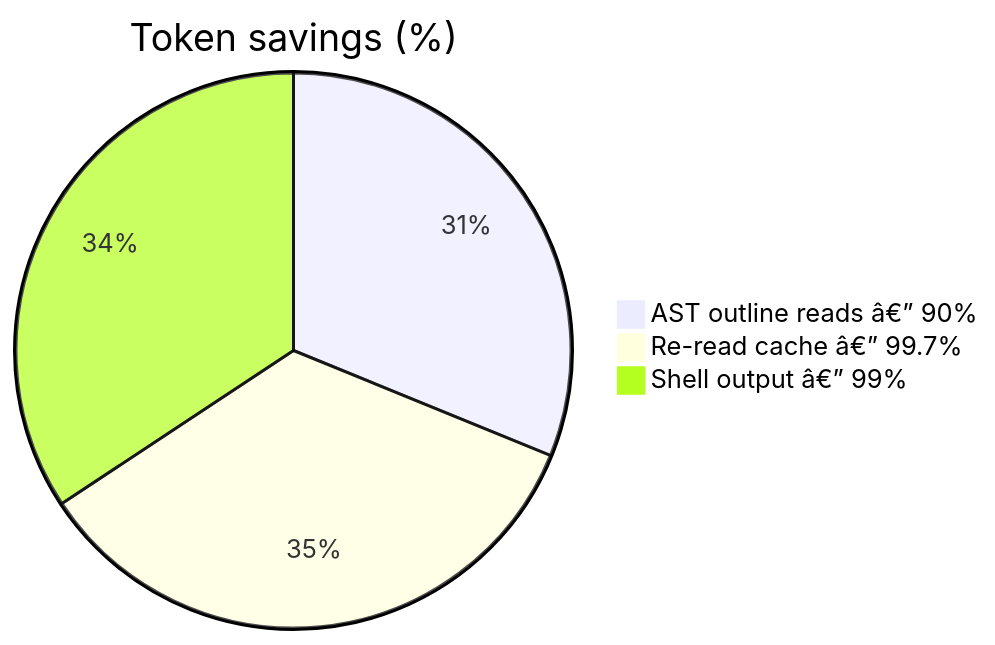
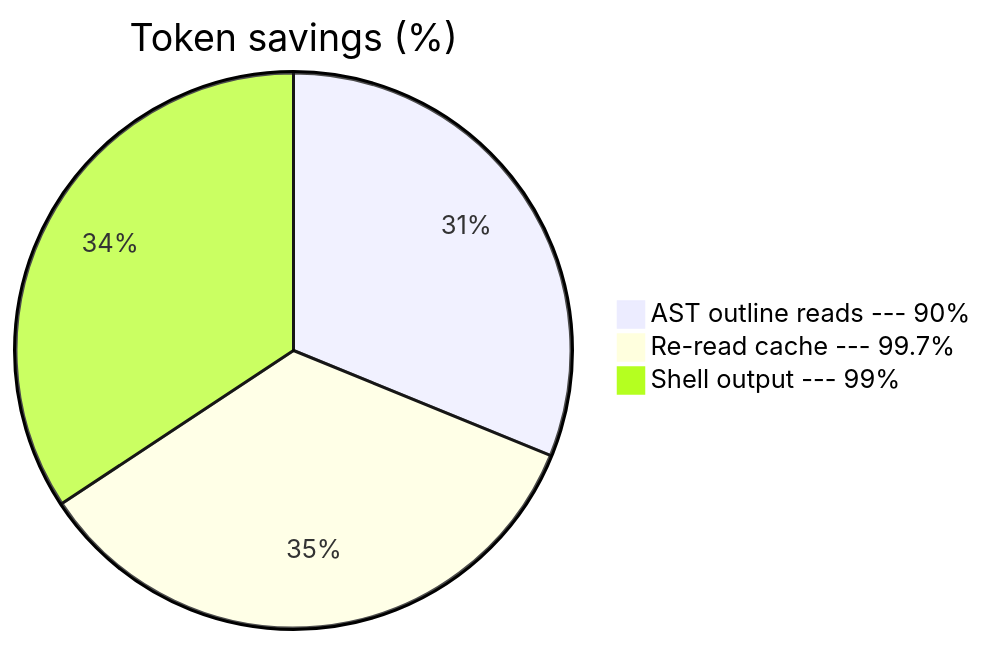
Before and after one commit to Vellixia/cairn: the diagram in docs/BENCHMARKS.md, drawn with Mermaid. The commit also changed other lines of this file and 149 other files, not shown here.

````diff
--- a/docs/BENCHMARKS.md
+++ b/docs/BENCHMARKS.md
@@ -137,7 +137,7 @@
 ```mermaid
 %%{init: {"theme": "default"}}%%
 pie title Token savings (%)
-    "AST outline reads â€” 90%" : 90
-    "Re-read cache â€” 99.7%" : 99.7
-    "Shell output â€” 99%" : 99
+    "AST outline reads --- 90%" : 90
+    "Re-read cache --- 99.7%" : 99.7
+    "Shell output --- 99%" : 99
 ```
````
